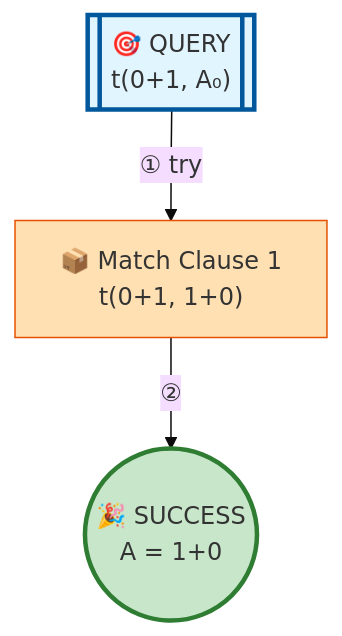
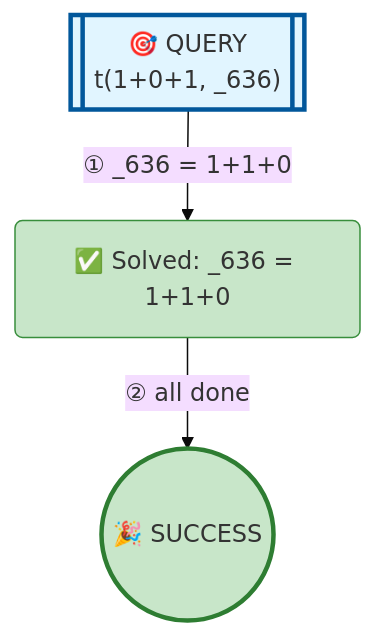
One commit to jarecsni/prolog-trace-viz changed the diagram in examples/operator-full.md. Above: the diagram before and after it, drawn with Mermaid (base theme). The commit also changed other lines of this file and 26 other files, not shown here.

````diff
--- a/examples/operator-full.md
+++ b/examples/operator-full.md
@@ -17,17 +17,17 @@
 ```mermaid
 graph TD
 
 %% Nodes
-A[["🎯 QUERY<br/>t(0+1, A₀)"]]
-B(("🎉 SUCCESS<br/>A = 1+0"))
-C["📦 Match Clause 1<br/>t(0+1, 1+0)"]
+A[["🎯 QUERY<br/>t(1+0+1, _636)"]]
+B("✅ Solved: _636 = 1+1+0")
+C(("🎉 SUCCESS"))
 
 %% Edges
-A -->|"① try"| C
-C -->|"②"| B
+A -->|"① _636 = 1+1+0"| B
+B -->|"② all done"| C
 
 %% Styles
 style A fill:#e1f5ff,stroke:#01579b,stroke-width:3px
-style B fill:#c8e6c9,stroke:#2e7d32,stroke-width:3px
-style C fill:#ffe0b2,stroke:#e65100
+style B fill:#c8e6c9,stroke:#388e3c
+style C fill:#c8e6c9,stroke:#2e7d32,stroke-width:3px
 ```
````
